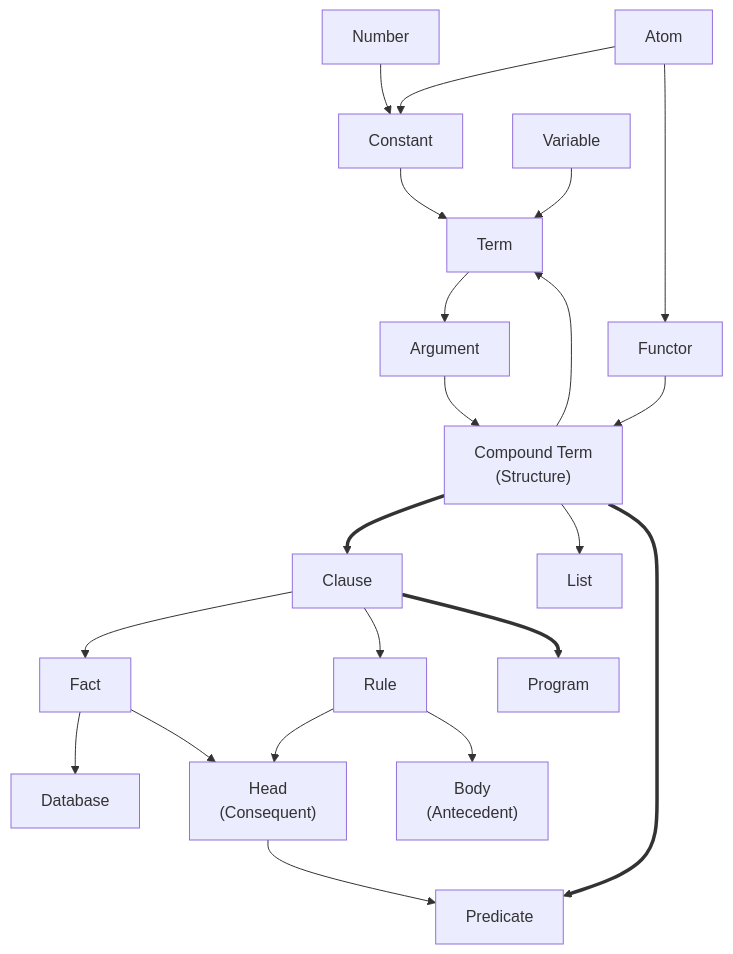
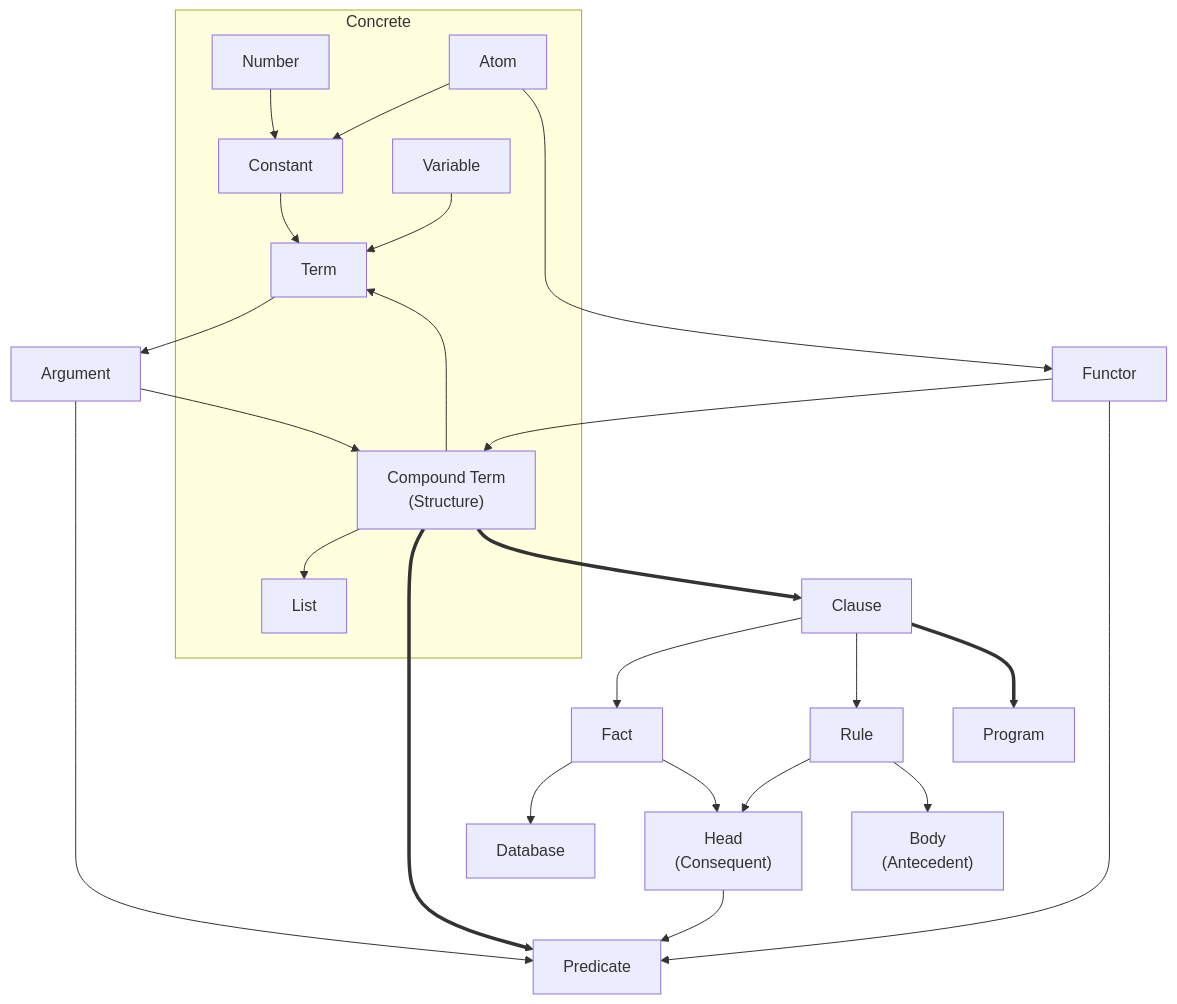
The first of 3 diagrams in README.md (hvgp/iprollogical), drawn with Mermaid before and after one commit.

Commit message:
More detailed categorisation on terminology map

````diff
--- a/README.md
+++ b/README.md
@@ -27,23 +27,27 @@
 ```mermaid
 graph TD;
+  subgraph Concrete;
   Number --> Constant;
   Atom --> Constant;
   Constant --> Term;
   Variable --> Term;
+  Structure --> List;
+  end;
   Atom --> Functor;
   Term --> Argument;
   Argument --> Structure["Compound Term\n(Structure)"];
+  Argument --> Predicate;
   Functor --> Structure;
+  Functor --> Predicate;
+  Structure ==> Predicate;
   Structure --> Term;
   Structure ==> Clause;
-  Structure --> List;
   Clause --> Fact;
   Clause --> Rule;
   Fact --> Database;
   Fact --> Head["Head\n(Consequent)"];
   Rule --> Head;
   Rule --> Body["Body\n(Antecedent)"];
   Head --> Predicate;
-  Structure ==> Predicate;
   Clause ==> Program;
 ```
````
